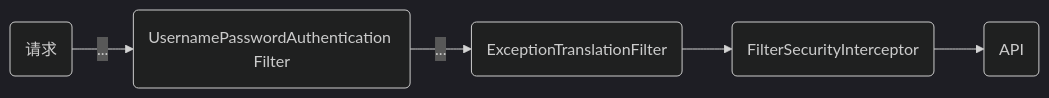
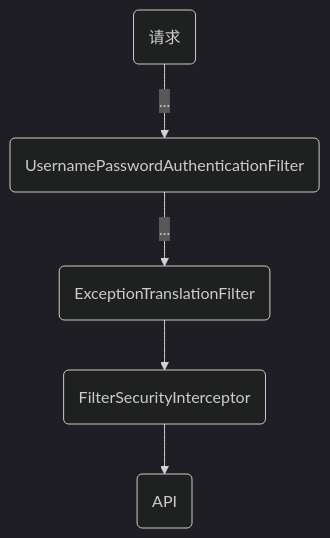
The diagram in 计算机/JavaWeb/后端/Spring Security.md (poppop9/obsidian), drawn with Mermaid (dark theme) before and after one commit. The commit also changed 5 other files, not shown here.

````diff
--- a/计算机/JavaWeb/后端/Spring Security.md
+++ b/计算机/JavaWeb/后端/Spring Security.md
@@ -39,7 +39,7 @@
 ```mermaid
-graph LR
-    A(请求) -->|...| B(UsernamePasswordAuthentication Filter)
+graph
+    A(请求) -->|...| B(UsernamePasswordAuthenticationFilter)
     B -->|...| C(ExceptionTranslationFilter)
     C --> D(FilterSecurityInterceptor)
     D --> E(API)
 ```
````
